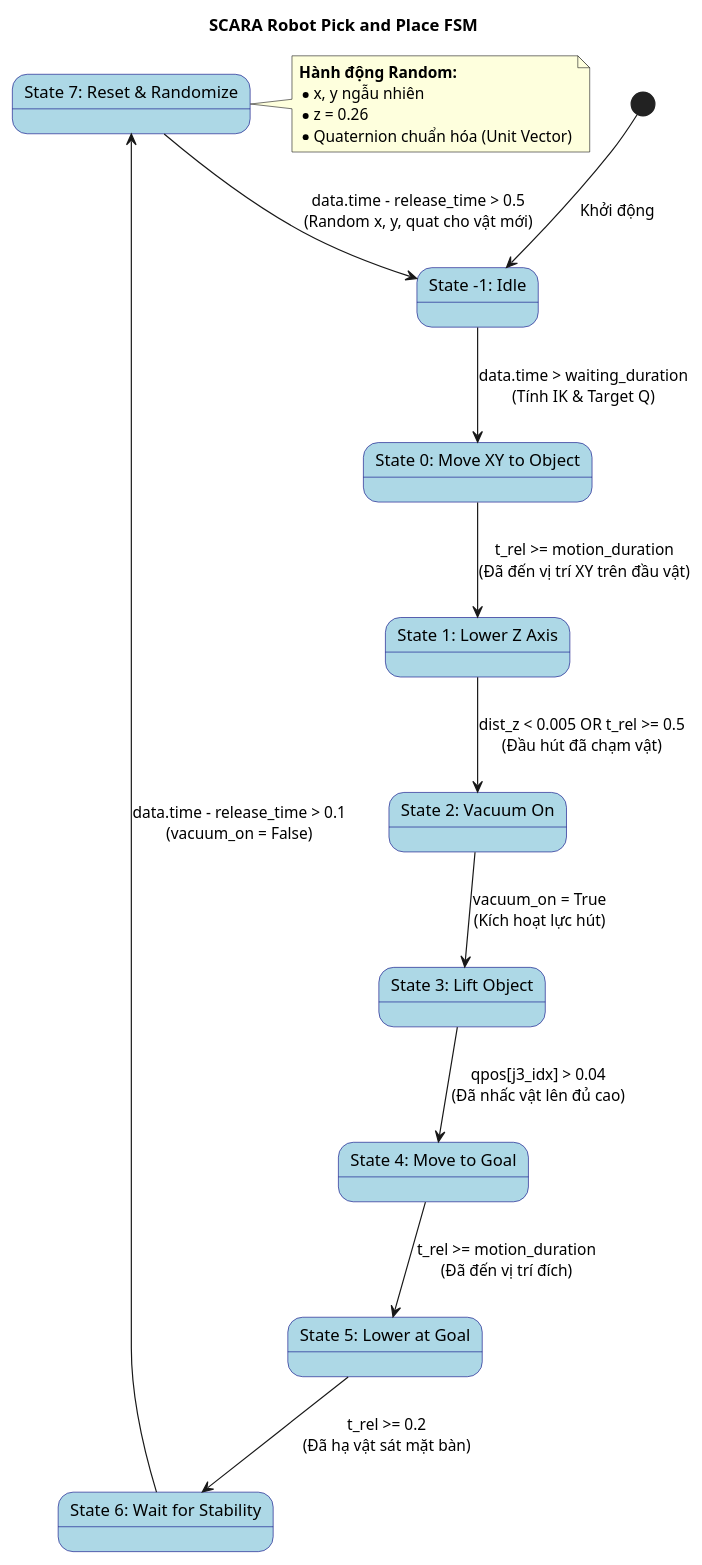
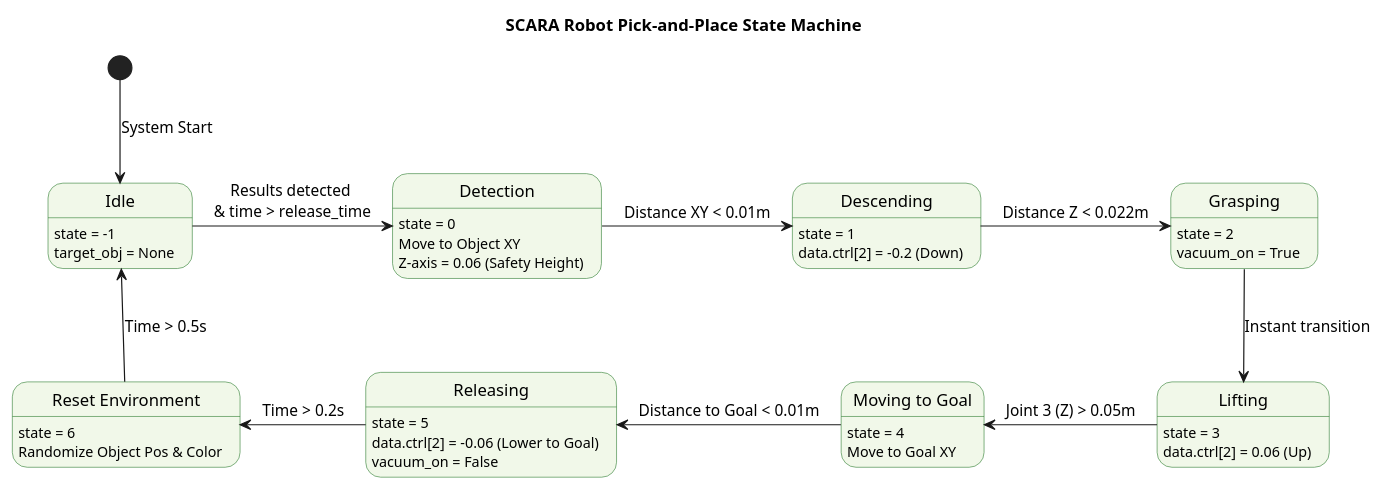
The diagram in state_diagram.puml (btdev-tech/SCARA-PROJECT), drawn with PlantUML before and after one commit. The commit also changed 2 other files, not shown here.

```diff
--- a/state_diagram.puml
+++ b/state_diagram.puml
@@ -1,47 +1,59 @@
 @startuml
+title SCARA Robot Pick-and-Place State Machine
 skinparam state {
-  BackgroundColor LightBlue
-  BorderColor Navy
-  FontName Arial
+  RoundCorner 20
+  BackgroundColor #F1F8E9
+  BorderColor #2E7D32
+}
+[*] --> Idle : System Start
+Idle : state = -1
+Idle : target_obj = None
+
+state "Detection" as State0 {
+    State0 : state = 0
+    State0 : Move to Object XY
+    State0 : Z-axis = 0.06 (Safety Height)
 }
 
-title SCARA Robot Pick and Place FSM
+state "Descending" as State1 {
+    State1 : state = 1
+    State1 : data.ctrl[2] = -0.2 (Down)
+}
 
-[*] --> Idle : Khởi động
+state "Grasping" as State2 {
+    State2 : state = 2
+    State2 : vacuum_on = True
+}
 
-state "State -1: Idle" as Idle
-state "State 0: Move XY to Object" as MoveXY
-state "State 1: Lower Z Axis" as LowerZ
-state "State 2: Vacuum On" as Grab
-state "State 3: Lift Object" as Lift
-state "State 4: Move to Goal" as MoveGoal
-state "State 5: Lower at Goal" as LowerGoal
-state "State 6: Wait for Stability" as WaitStable
-state "State 7: Reset & Randomize" as Reset
+state "Lifting" as State3 {
+    State3 : state = 3
+    State3 : data.ctrl[2] = 0.06 (Up)
+}
 
-Idle --> MoveXY : data.time > waiting_duration\n(Tính IK & Target Q)
+state "Moving to Goal" as State4 {
+    State4 : state = 4
+    State4 : Move to Goal XY
+}
 
-MoveXY --> LowerZ : t_rel >= motion_duration\n(Đã đến vị trí XY trên đầu vật)
+state "Releasing" as State5 {
+    State5 : state = 5
+    State5 : data.ctrl[2] = -0.06 (Lower to Goal)
+    State5 : vacuum_on = False
+}
 
-LowerZ --> Grab : dist_z < 0.005 OR t_rel >= 0.5\n(Đầu hút đã chạm vật)
+state "Reset Environment" as State6 {
+    State6 : state = 6
+    State6 : Randomize Object Pos & Color
+}
 
-Grab --> Lift : vacuum_on = True\n(Kích hoạt lực hút)
-
-Lift --> MoveGoal : qpos[j3_idx] > 0.04\n(Đã nhấc vật lên đủ cao)
-
-MoveGoal --> LowerGoal : t_rel >= motion_duration\n(Đã đến vị trí đích)
-
-LowerGoal --> WaitStable : t_rel >= 0.2\n(Đã hạ vật sát mặt bàn)
-
-WaitStable --> Reset : data.time - release_time > 0.1\n(vacuum_on = False)
-
-Reset --> Idle : data.time - release_time > 0.5\n(Random x, y, quat cho vật mới)
-
-note right of Reset
-  **Hành động Random:**
-  * x, y ngẫu nhiên
-  * z = 0.26
-  * Quaternion chuẩn hóa (Unit Vector)
-end note
+' Transitions
+Idle -right-> State0 : Results detected \n& time > release_time
+State0 -right-> State1 : Distance XY < 0.01m
+State1 -right-> State2 : Distance Z < 0.022m
+State2 --> State3 : Instant transition
+State3 -left-> State4 : Joint 3 (Z) > 0.05m
+State4 -left-> State5 : Distance to Goal < 0.01m
+State5 -left-> State6 : Time > 0.2s
+State6 -up-> Idle : Time > 0.5s
 
 @enduml
```
